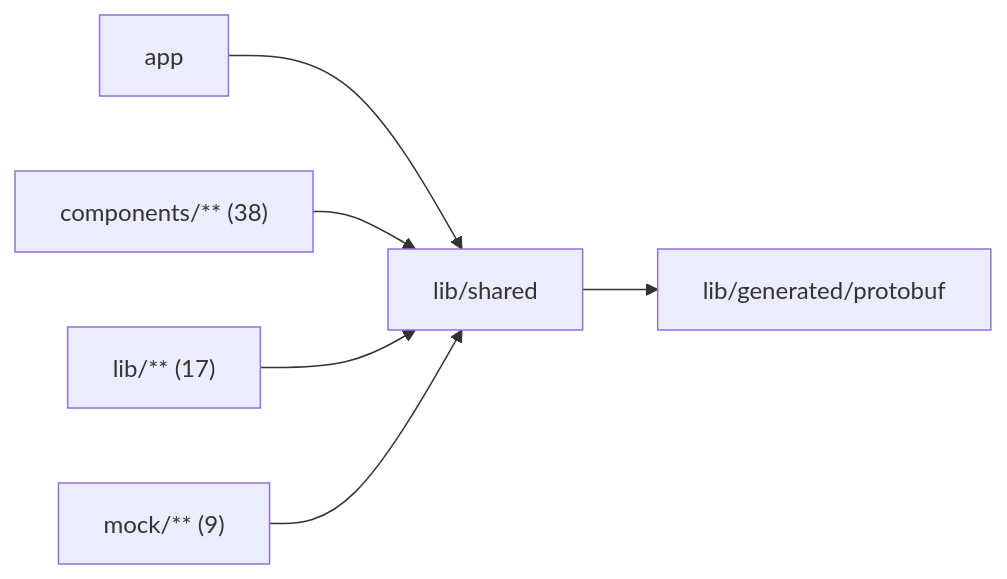
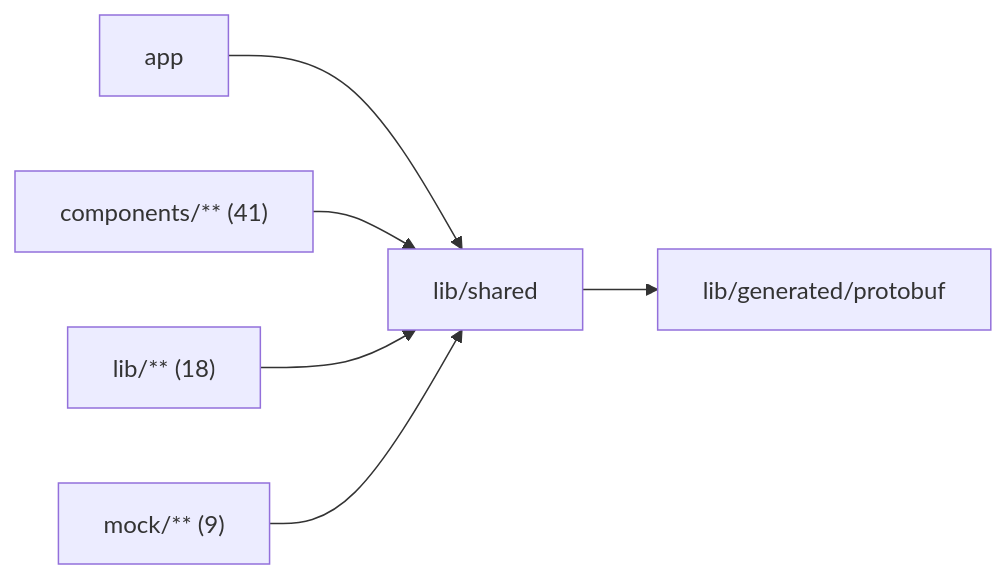
One commit to superdurable/superverse changed the diagram in web/studio/lib/shared/README.md. Above: the diagram before and after it, drawn with Mermaid. The commit also changed other lines of this file and 278 other files, not shown here.

````diff
--- a/web/studio/lib/shared/README.md
+++ b/web/studio/lib/shared/README.md
@@ -10,9 +10,9 @@
 ```mermaid
 flowchart LR
   self["lib/shared"]
   c0["app"] --> self
-  c1["components/** (38)"] --> self
-  c2["lib/** (17)"] --> self
+  c1["components/** (41)"] --> self
+  c2["lib/** (18)"] --> self
   c3["mock/** (9)"] --> self
   self --> d0["lib/generated/protobuf"]
 ```
````
